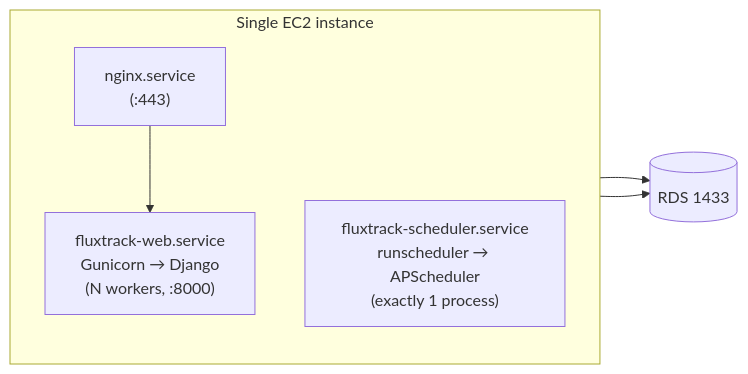
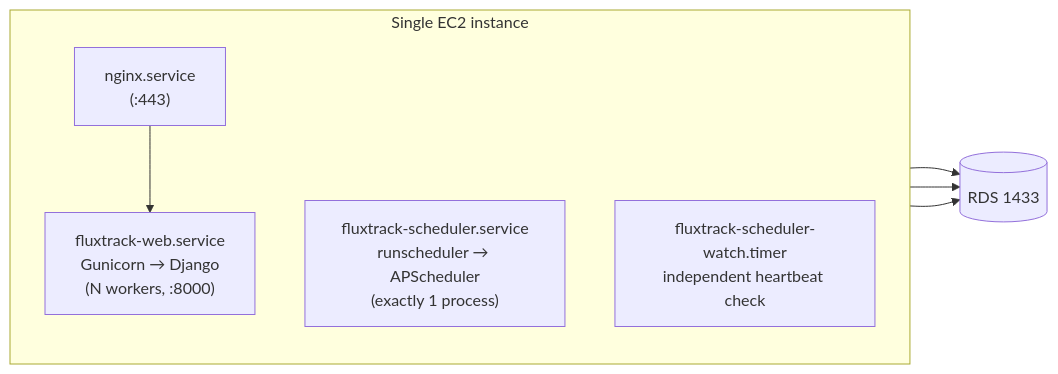
Before and after one commit to Shion-main/fluxtrack-main: the second of 3 diagrams in docs/IT_ARCHITECTURE.md, drawn with Mermaid. The commit also changed other lines of this file and 14 other files, not shown here.

````diff
--- a/docs/IT_ARCHITECTURE.md
+++ b/docs/IT_ARCHITECTURE.md
@@ -101,12 +119,14 @@
 ```mermaid
 flowchart LR
     subgraph box["Single EC2 instance"]
         direction TB
         N["nginx.service<br/>(:443)"]
         G["fluxtrack-web.service<br/>Gunicorn → Django<br/>(N workers, :8000)"]
         S["fluxtrack-scheduler.service<br/>runscheduler → APScheduler<br/>(exactly 1 process)"]
+        W["fluxtrack-scheduler-watch.timer<br/>independent heartbeat check"]
     end
     N --> G
     G --> DB[("RDS 1433")]
     S --> DB
+    W --> DB
 ```
````
